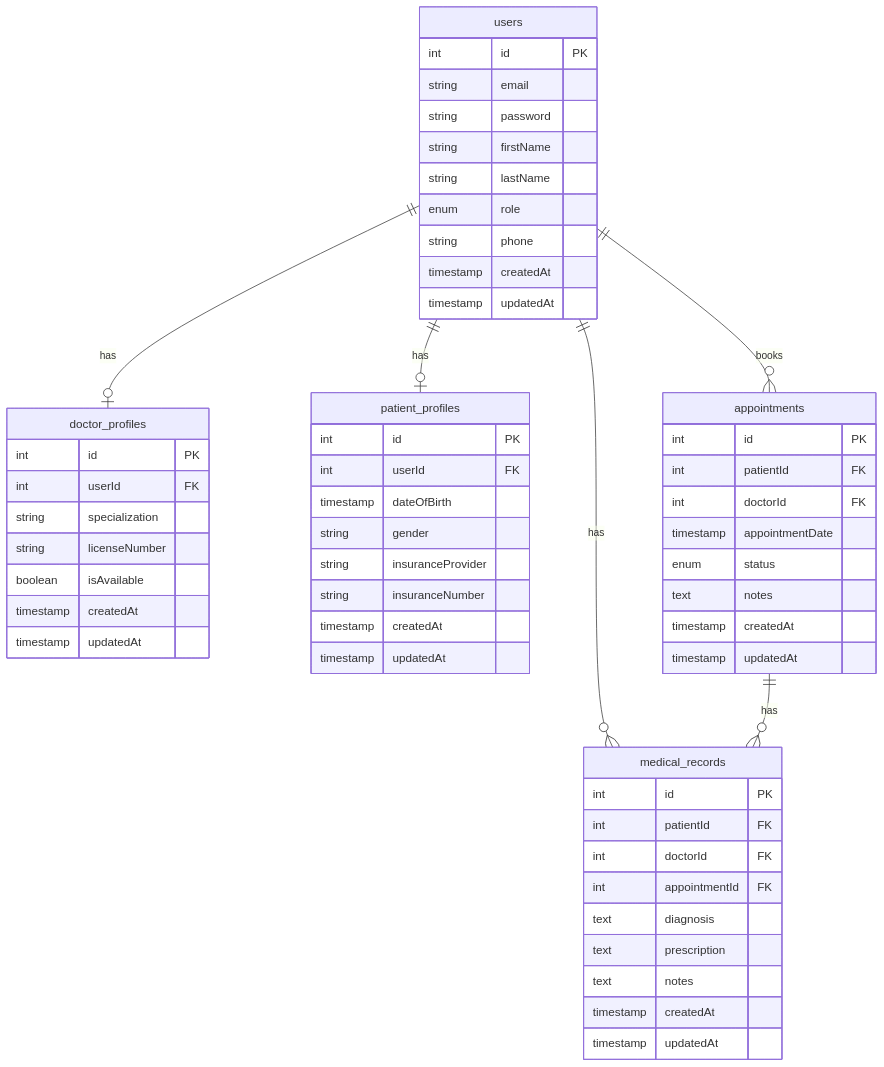
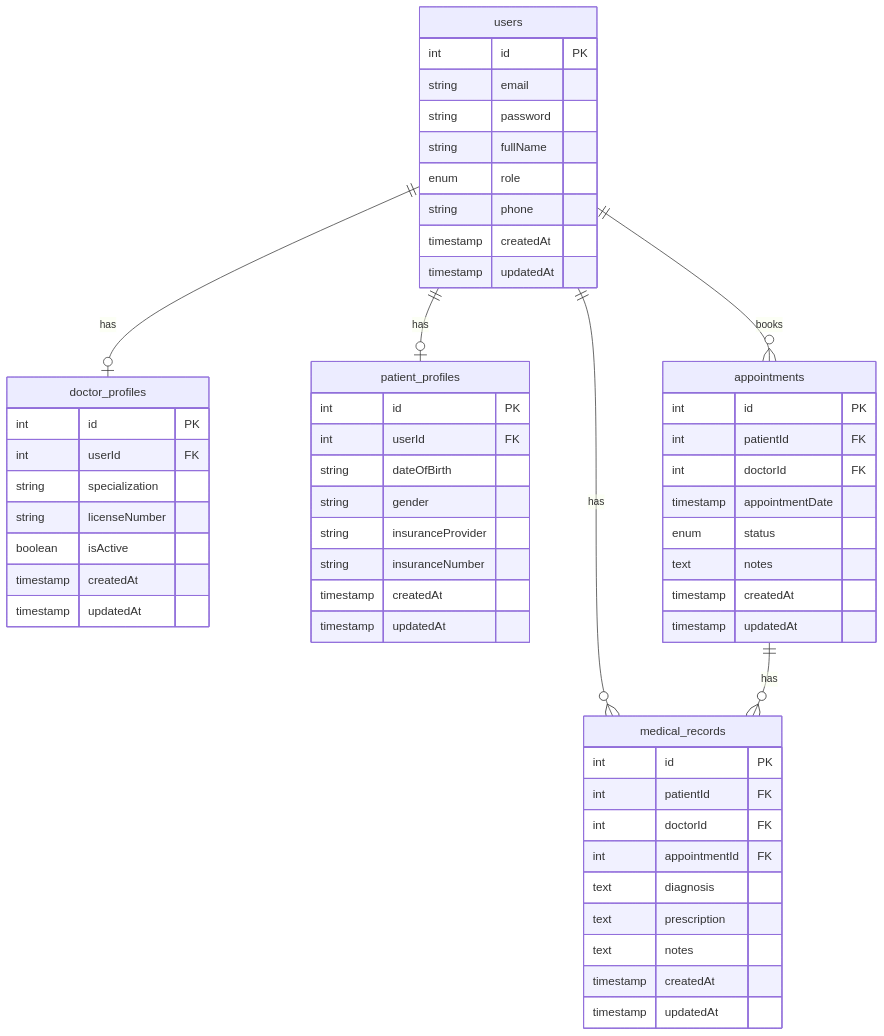
Before and after one commit to beeazy/HealthcareSystem: the first of 3 diagrams in api/README.md, drawn with Mermaid. The commit also changed other lines of this file, not shown here.

Commit message:
changes to manage doctors and patient profiles better

````diff
--- a/api/README.md
+++ b/api/README.md
@@ -174,64 +174,63 @@
 ```mermaid
 erDiagram
     users {
         int id PK
         string email
         string password
-        string firstName
-        string lastName
+        string fullName
         enum role
         string phone
         timestamp createdAt
         timestamp updatedAt
     }
 
     doctor_profiles {
         int id PK
         int userId FK
         string specialization
         string licenseNumber
-        boolean isAvailable
+        boolean isActive
         timestamp createdAt
         timestamp updatedAt
     }
 
     patient_profiles {
         int id PK
         int userId FK
-        timestamp dateOfBirth
+        string dateOfBirth
         string gender
         string insuranceProvider
         string insuranceNumber
         timestamp createdAt
         timestamp updatedAt
     }
 
     appointments {
         int id PK
         int patientId FK
         int doctorId FK
         timestamp appointmentDate
         enum status
         text notes
         timestamp createdAt
         timestamp updatedAt
     }
 
     medical_records {
         int id PK
         int patientId FK
         int doctorId FK
         int appointmentId FK
         text diagnosis
         text prescription
         text notes
         timestamp createdAt
         timestamp updatedAt
     }
 
     users ||--o| doctor_profiles : "has"
     users ||--o| patient_profiles : "has"
     users ||--o{ appointments : "books"
     users ||--o{ medical_records : "has"
     appointments ||--o{ medical_records : "has"
 ```
````
